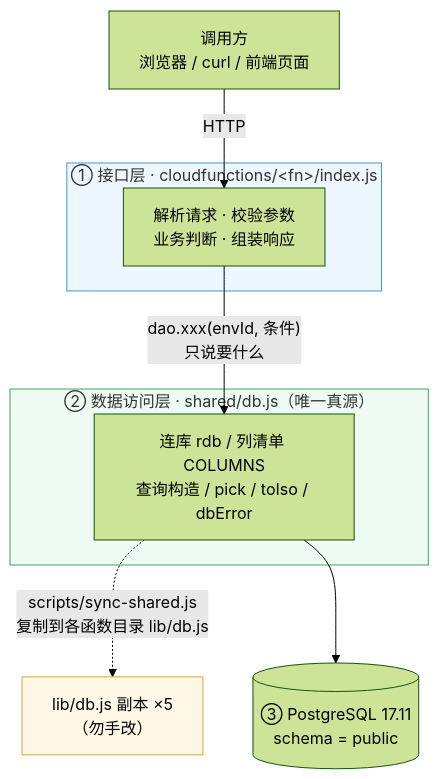
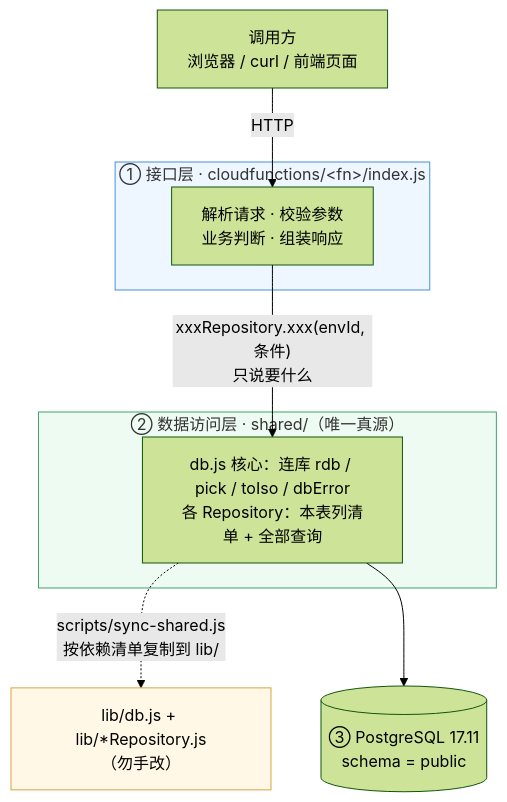
Before and after one commit to Ranran1202/vibe-coding-journey: the diagram in cloudfunctions/README.md, drawn with Mermaid (forest theme). The commit also changed other lines of this file and 23 other files, not shown here.

````diff
--- a/cloudfunctions/README.md
+++ b/cloudfunctions/README.md
@@ -558,16 +564,16 @@
 ```mermaid
 flowchart TD
     A["调用方<br/>浏览器 / curl / 前端页面"] -->|HTTP| B
     subgraph L1["① 接口层 · cloudfunctions/&lt;fn&gt;/index.js"]
         B["解析请求 · 校验参数<br/>业务判断 · 组装响应"]
     end
-    B -->|"dao.xxx(envId, 条件)<br/>只说要什么"| C
-    subgraph L2["② 数据访问层 · shared/db.js（唯一真源）"]
-        C["连库 rdb / 列清单 COLUMNS<br/>查询构造 / pick / toIso / dbError"]
+    B -->|"xxxRepository.xxx(envId, 条件)<br/>只说要什么"| C
+    subgraph L2["② 数据访问层 · shared/（唯一真源）"]
+        C["db.js 核心：连库 rdb / pick / toIso / dbError<br/>各 Repository：本表列清单 + 全部查询"]
     end
-    C -.->|"scripts/sync-shared.js<br/>复制到各函数目录 lib/db.js"| C2["lib/db.js 副本 ×5<br/>（勿手改）"]
+    C -.->|"scripts/sync-shared.js<br/>按依赖清单复制到 lib/"| C2["lib/db.js + lib/*Repository.js<br/>（勿手改）"]
     C --> D[("③ PostgreSQL 17.11<br/>schema = public")]
     style L1 fill:#eef6ff,stroke:#4a90d9
     style L2 fill:#eefbf2,stroke:#3fa46a
     style C2 fill:#fff8e6,stroke:#d9a441
 ```
````
